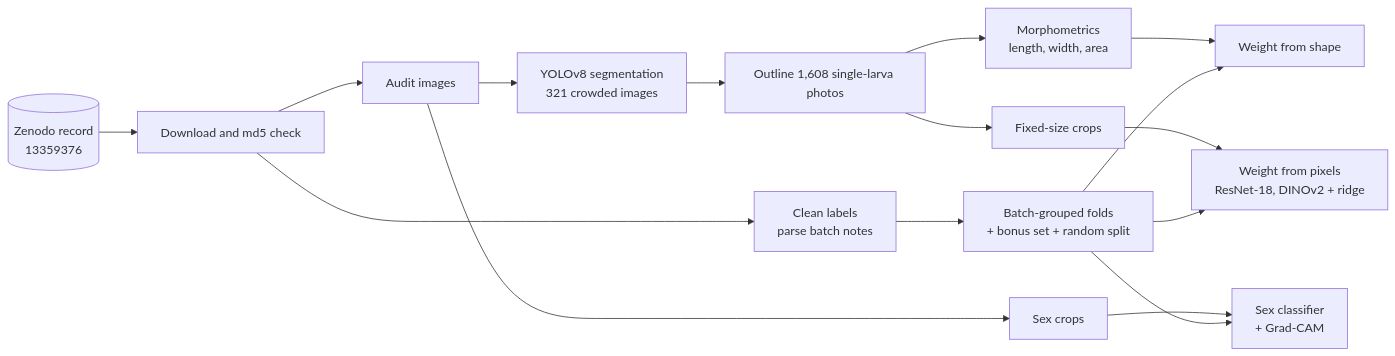
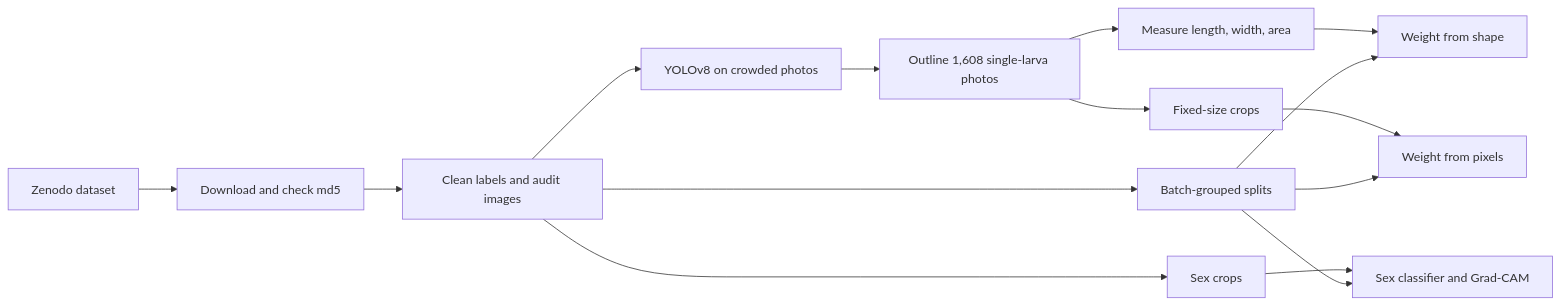
The diagram in README.md (raihan-patwary/larvalens), drawn with Mermaid before and after one commit. The commit also changed other lines of this file and 31 other files, not shown here.

First line of the commit message:
Rewrite the README and fix overlapping figure labels

````diff
--- a/README.md
+++ b/README.md
@@ -54,15 +79,17 @@
 ```mermaid
 flowchart LR
-    Z[(Zenodo record<br/>13359376)] --> A[Download and md5 check]
-    A --> B[Clean labels<br/>parse batch notes]
-    A --> C[Audit images]
-    B --> S[Batch-grouped folds<br/>+ bonus set + random split]
-    C --> D[YOLOv8 segmentation<br/>321 crowded images]
-    D --> M[Outline 1,608 single-larva photos]
-    M --> W1[Morphometrics<br/>length, width, area]
-    W1 --> R1[Weight from shape]
-    M --> CR[Fixed-size crops]
-    CR --> R2[Weight from pixels<br/>ResNet-18, DINOv2 + ridge]
-    C --> X[Sex crops] --> R3[Sex classifier<br/>+ Grad-CAM]
-    S --> R1 & R2 & R3
+    A["Zenodo dataset"] --> B["Download and check md5"]
+    B --> C["Clean labels and audit images"]
+    C --> D["Batch-grouped splits"]
+    C --> E["YOLOv8 on crowded photos"]
+    E --> F["Outline 1,608 single-larva photos"]
+    F --> G["Measure length, width, area"]
+    G --> H["Weight from shape"]
+    F --> I["Fixed-size crops"]
+    I --> J["Weight from pixels"]
+    C --> K["Sex crops"]
+    K --> L["Sex classifier and Grad-CAM"]
+    D --> H
+    D --> J
+    D --> L
 ```
````
